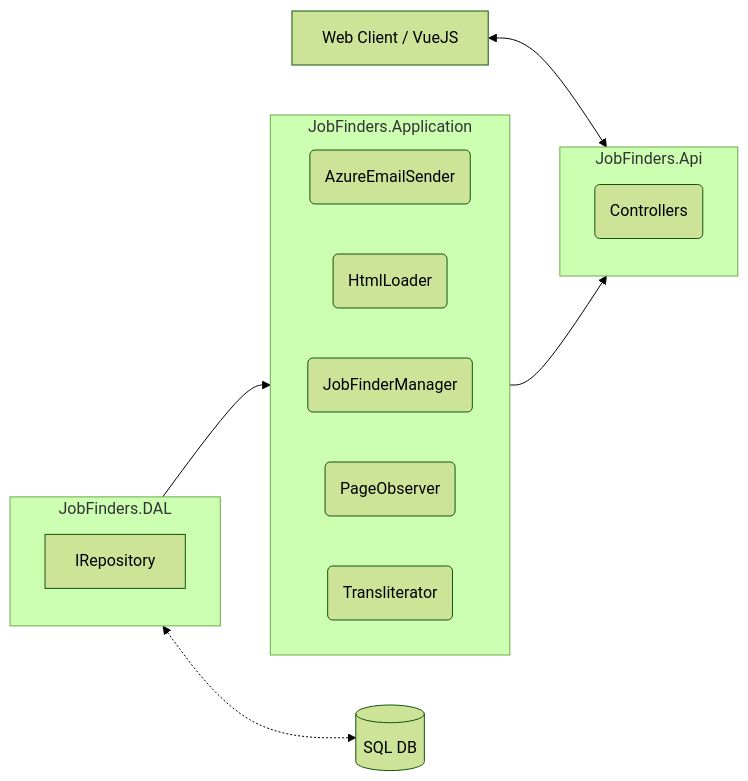
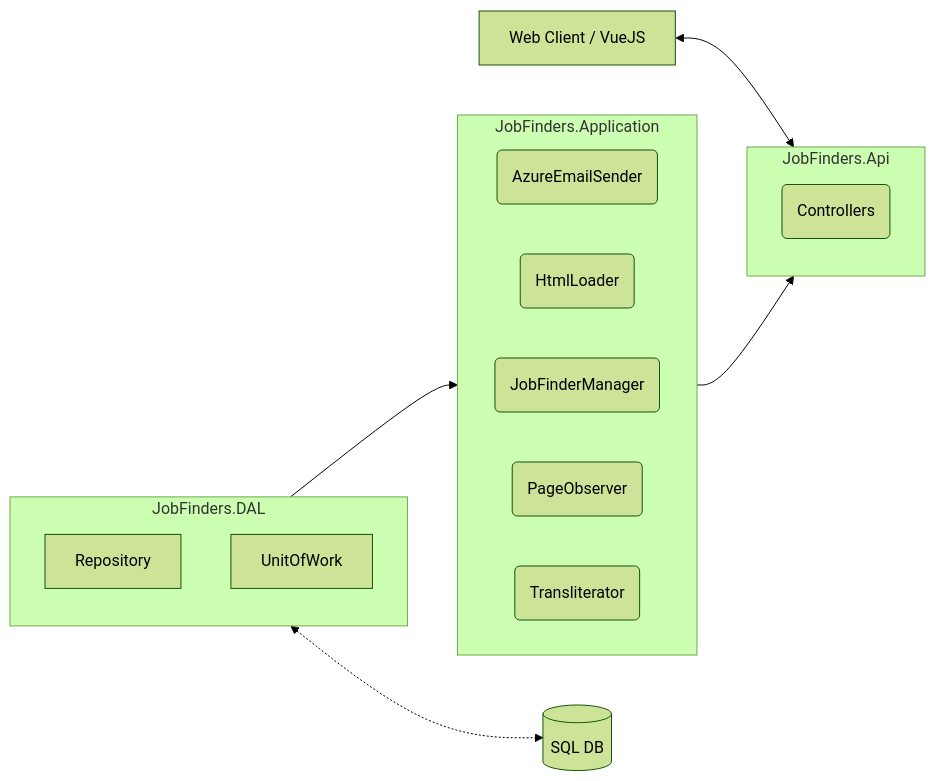
The diagram in README.md (DarthVader666666/JobFinder), drawn with Mermaid (forest theme) before and after one commit.

````diff
--- a/README.md
+++ b/README.md
@@ -1,26 +1,27 @@
 ```mermaid
 flowchart LR
   subgraph API[JobFinders.Api]
     Controllers(Controllers)
   end
 
   Client[Web Client / VueJS] <--> API
 
   subgraph Application[JobFinders.Application]
     direction LR
     AzureEmailSender(AzureEmailSender)
     HtmlLoader(HtmlLoader)
     JobFinderManager(JobFinderManager)    
     PageObserver(PageObserver)
     Transliterator(Transliterator)
   end
 
   subgraph DAL[JobFinders.DAL]
-    IRepository[IRepository]
+    Repository[Repository]
+    UOW[UnitOfWork]
   end
 
   DAL --> Application
   Application --> API
 
   DAL <-.-> DB[(SQL DB)]
 ```
````
